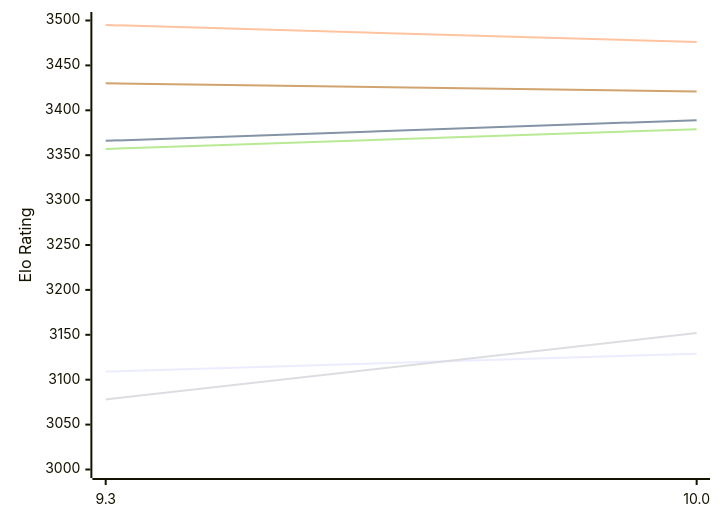
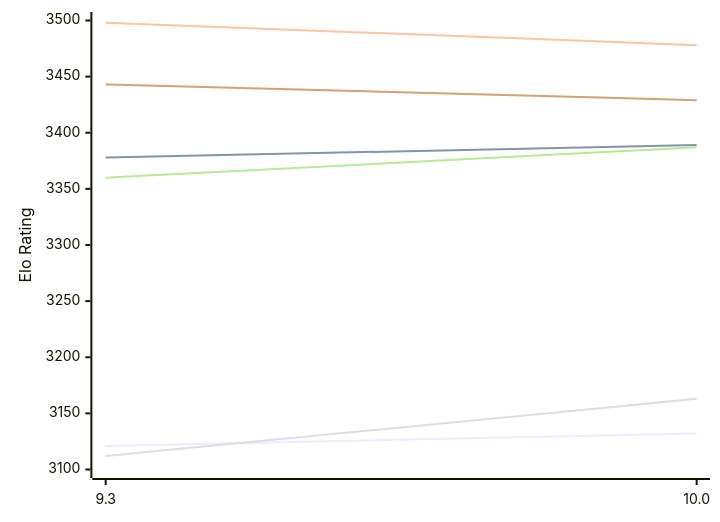
The first of 2 diagrams in engines/Fire.md (computer-chess-index/cci), drawn with Mermaid before and after one commit. The commit also changed other lines of this file, not shown here.

Commit message:
Update CCI Ratings (ELO VLTC) - 2026-11-25

````diff
--- a/engines/Fire.md
+++ b/engines/Fire.md
@@ -50,12 +50,12 @@
 ```mermaid
 %%{init: {"theme":"base","themeVariables":{"seriesColors:['#a3a3a3','#222221','#faa371']}}}%%
 xychart-beta
   x-axis ["9.3", "10.0"]
-  y-axis "Elo Rating" 3000 --> 3500
-  line "E1: STC (8.0+0.08s)" [3109, 3129]
-  line "E1: LTC (60.0+0.60s)" [3366, 3389]
-  line "E1: VLTC (2m24s+1.12s)" [3495, 3476]
-  line "P1: STC (8.0+0.08s)" [3078, 3152]
-  line "P1: LTC (60.0+0.60s)" [3357, 3379]
-  line "P1: VLTC (2m24s+1.12s)" [3430, 3421]
+  y-axis "Elo Rating" 3100 --> 3500
+  line "E1: STC (8.0+0.08s)" [3121, 3132]
+  line "E1: LTC (60.0+0.60s)" [3378, 3389]
+  line "E1: VLTC (2m24s+1.12s)" [3498, 3478]
+  line "P1: STC (8.0+0.08s)" [3112, 3163]
+  line "P1: LTC (60.0+0.60s)" [3360, 3387]
+  line "P1: VLTC (2m24s+1.12s)" [3443, 3429]
 ```
````
